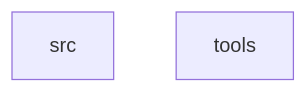
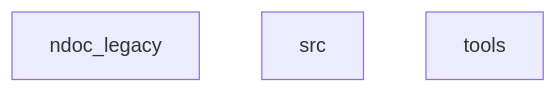
The diagram in _ARCH.md (a986836755-max/Niki-docAI), drawn with Mermaid before and after one commit. The commit also changed other lines of this file and 110 other files, not shown here.

First line of the commit message:
refactor: 重构项目结构并隔离旧代码到 ndoc_legacy 目录

````diff
--- a/_ARCH.md
+++ b/_ARCH.md
@@ -11,5 +52,6 @@
 ```mermaid
 graph TD;
+    ndoc_legacy;
     src;
     tools;
 ```
````
